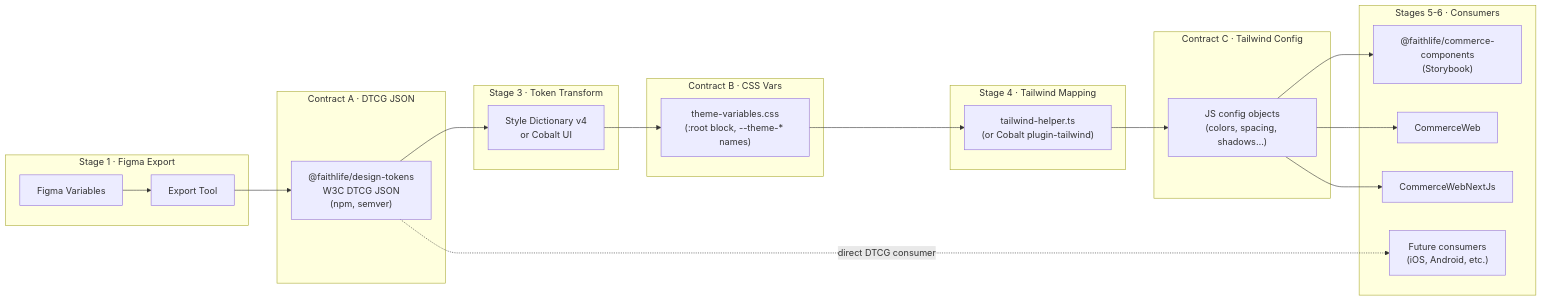
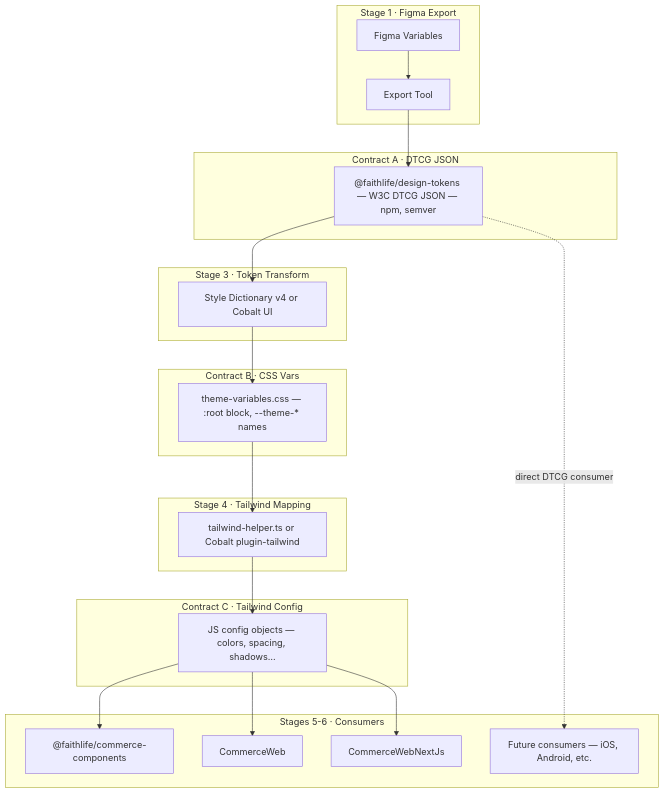
Before and after one commit to calebn/design-system-theme-evolution: the first of 2 diagrams in inventory/docs/13-token-pipeline.md, drawn with Mermaid. The commit also changed other lines of this file, not shown here.

Commit message:
Change pipeline Mermaid diagrams from LR to TD orientation for readability.

````diff
--- a/inventory/docs/13-token-pipeline.md
+++ b/inventory/docs/13-token-pipeline.md
@@ -10,45 +10,45 @@
 ```mermaid
-flowchart LR
+flowchart TD
   subgraph s1 [Stage 1 · Figma Export]
     Figma[Figma Variables]
     FigmaExport[Export Tool]
     Figma --> FigmaExport
   end
 
   subgraph cA [Contract A · DTCG JSON]
-    DTCG["@faithlife/design-tokens\nW3C DTCG JSON\n(npm, semver)"]
+    DTCG["@faithlife/design-tokens — W3C DTCG JSON — npm, semver"]
   end
 
   subgraph s3 [Stage 3 · Token Transform]
-    Transform["Style Dictionary v4\nor Cobalt UI"]
+    Transform["Style Dictionary v4 or Cobalt UI"]
   end
 
   subgraph cB [Contract B · CSS Vars]
-    CSS["theme-variables.css\n(:root block, --theme-* names)"]
+    CSS["theme-variables.css — :root block, --theme-* names"]
   end
 
   subgraph s4 [Stage 4 · Tailwind Mapping]
-    TW["tailwind-helper.ts\n(or Cobalt plugin-tailwind)"]
+    TW["tailwind-helper.ts or Cobalt plugin-tailwind"]
   end
 
   subgraph cC [Contract C · Tailwind Config]
-    TWC["JS config objects\n(colors, spacing, shadows…)"]
+    TWC["JS config objects — colors, spacing, shadows…"]
   end
 
   subgraph s56 [Stages 5-6 · Consumers]
-    CC["@faithlife/commerce-components\n(Storybook)"]
+    CC["@faithlife/commerce-components"]
     CW[CommerceWeb]
     CWNJ[CommerceWebNextJs]
-    Native["Future consumers\n(iOS, Android, etc.)"]
+    Native["Future consumers — iOS, Android, etc."]
   end
 
   FigmaExport --> DTCG
   DTCG --> Transform
   DTCG -.->|"direct DTCG consumer"| Native
   Transform --> CSS
   CSS --> TW
   TW --> TWC
   TWC --> CC
   TWC --> CW
   TWC --> CWNJ
 ```
````
